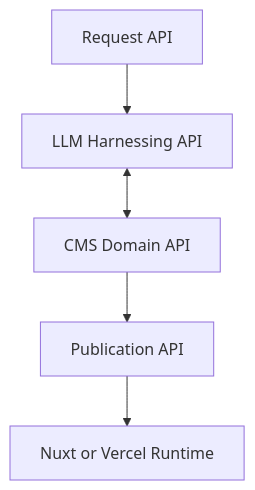
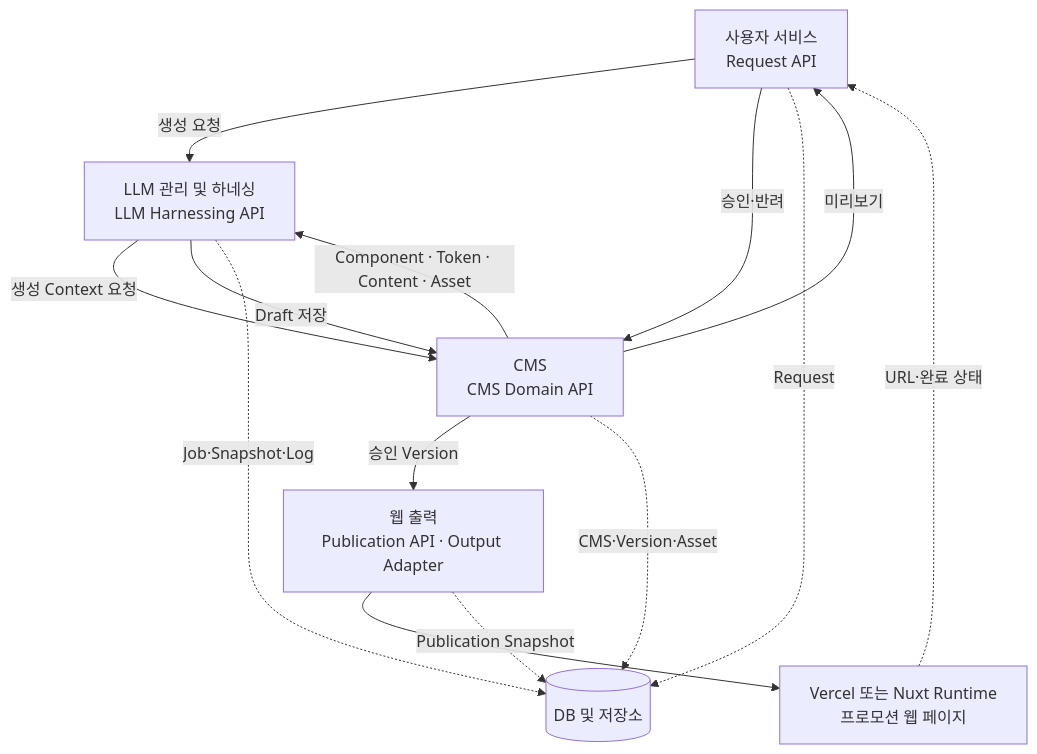
One commit to howardchoi-nsus/promo_web_builder changed the third of 3 diagrams in document/content/doc-0094.md. Above: the diagram before and after it, drawn with Mermaid. The commit also changed other lines of this file and 592 other files, not shown here.

````diff
--- a/document/content/doc-0094.md
+++ b/document/content/doc-0094.md
@@ -419,13 +473,24 @@
 ```mermaid
 flowchart TD
-  REQUEST["Request API"]
-  LLM["LLM Harnessing API"]
-  CMS["CMS Domain API"]
-  PUBLISH["Publication API"]
-  WEB["Nuxt or Vercel Runtime"]
+  USER["사용자 서비스<br/>Request API"]
+  LLM["LLM 관리 및 하네싱<br/>LLM Harnessing API"]
+  CMS["CMS<br/>CMS Domain API"]
+  DATA[("DB 및 저장소")]
+  WEB["웹 출력<br/>Publication API · Output Adapter"]
+  RESULT["Vercel 또는 Nuxt Runtime<br/>프로모션 웹 페이지"]
 
-  REQUEST --> LLM
-  LLM <--> CMS
-  CMS --> PUBLISH
-  PUBLISH --> WEB
+  USER -->|생성 요청| LLM
+  LLM -->|생성 Context 요청| CMS
+  CMS -->|Component · Token · Content · Asset| LLM
+  LLM -->|Draft 저장| CMS
+  CMS -->|미리보기| USER
+  USER -->|승인·반려| CMS
+  CMS -->|승인 Version| WEB
+  WEB --> RESULT
+  RESULT -.->|URL·완료 상태| USER
+
+  USER -.->|Request| DATA
+  LLM -.->|Job·Snapshot·Log| DATA
+  CMS -.->|CMS·Version·Asset| DATA
+  WEB -.->|Publication Snapshot| DATA
 ```
````
